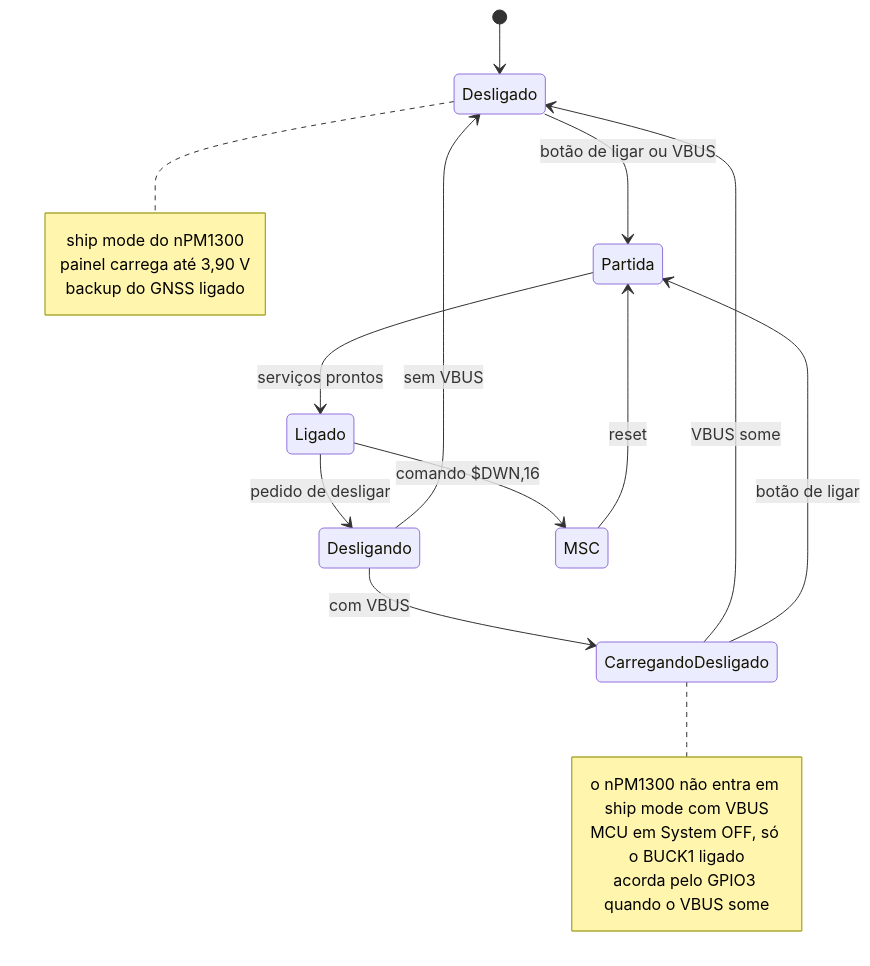
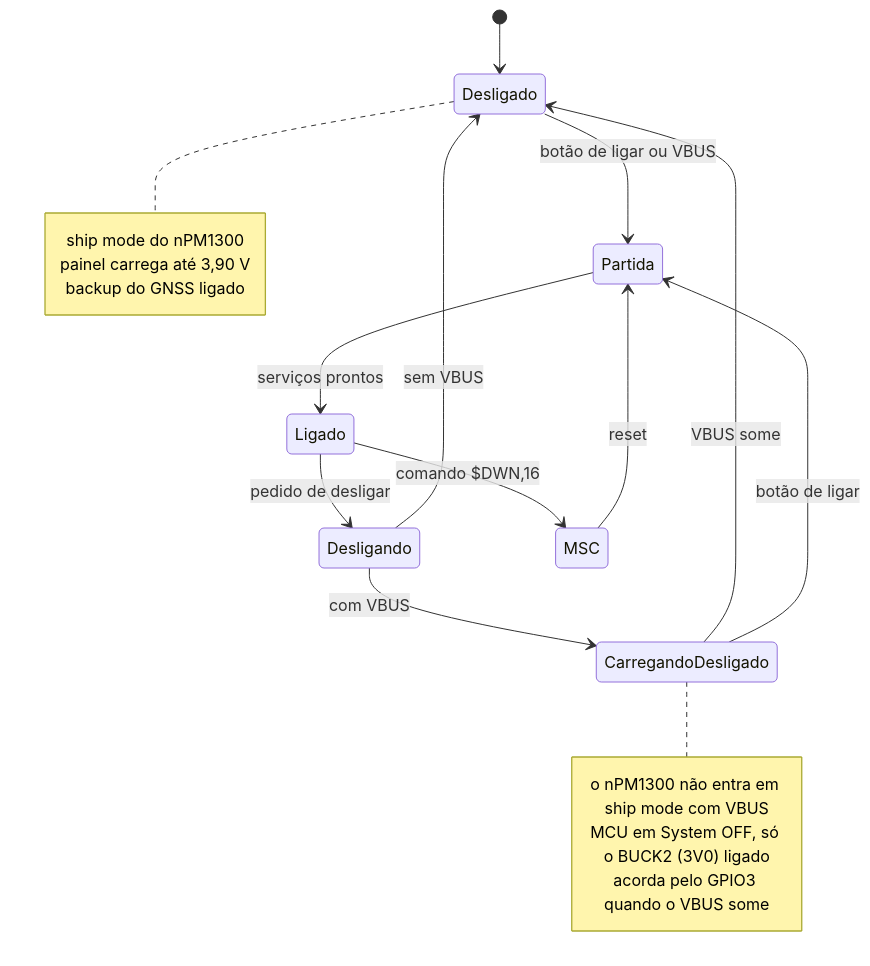
The third of 13 diagrams in docs/16-arquitetura-firmware.md (Guiimartinho/gnss-bike-computer), drawn with Mermaid before and after one commit. The commit also changed other lines of this file and 13 other files, not shown here.

````diff
--- a/docs/16-arquitetura-firmware.md
+++ b/docs/16-arquitetura-firmware.md
@@ -161,23 +161,23 @@
 ```mermaid
 stateDiagram-v2
     [*] --> Desligado
     Desligado --> Partida: botão de ligar ou VBUS
     Partida --> Ligado: serviços prontos
     Ligado --> Desligando: pedido de desligar
     Desligando --> Desligado: sem VBUS
     Desligando --> CarregandoDesligado: com VBUS
     CarregandoDesligado --> Desligado: VBUS some
     CarregandoDesligado --> Partida: botão de ligar
     Ligado --> MSC: comando $DWN,16
     MSC --> Partida: reset
     note right of Desligado
         ship mode do nPM1300
         painel carrega até 3,90 V
         backup do GNSS ligado
     end note
     note right of CarregandoDesligado
         o nPM1300 não entra em ship mode com VBUS
-        MCU em System OFF, só o BUCK1 ligado
+        MCU em System OFF, só o BUCK2 (3V0) ligado
         acorda pelo GPIO3 quando o VBUS some
     end note
 ```
````
